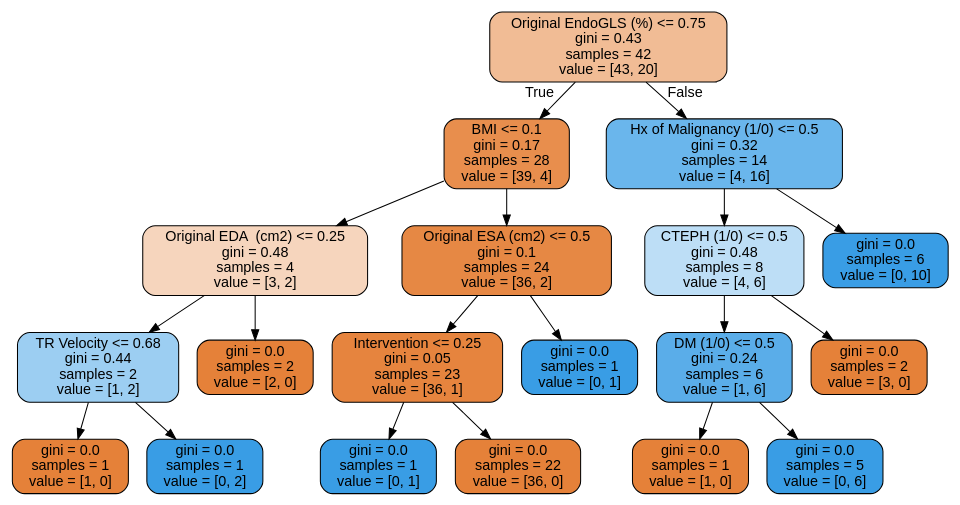
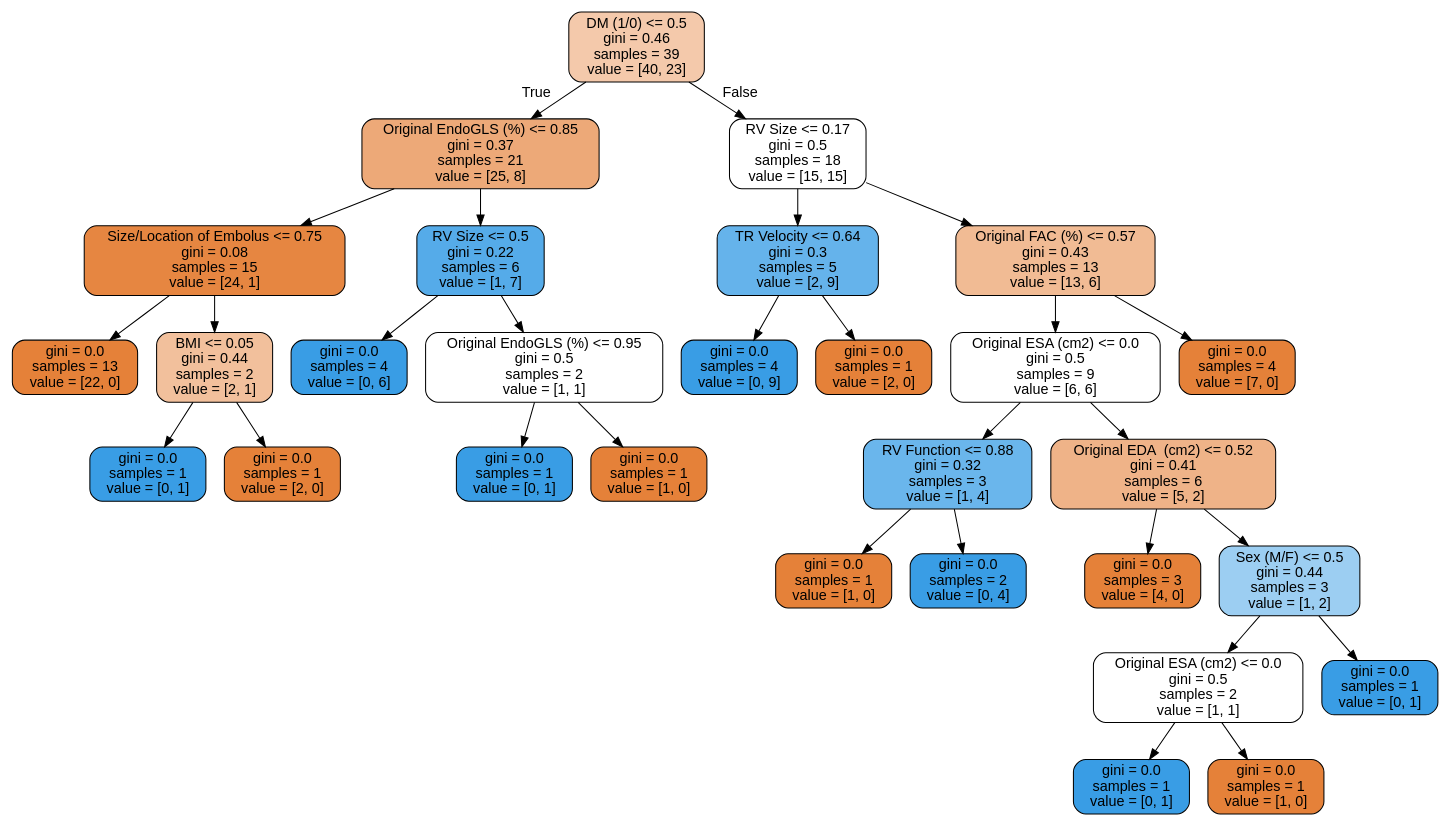
Before and after one commit to nitro41992/strain-analysis-pe-immortality: the diagram in tree.dot, drawn with Graphviz. The commit also changed 3 other files, not shown here.

```diff
--- a/tree.dot
+++ b/tree.dot
@@ -1,41 +1,61 @@
 digraph Tree {
 node [shape=box, style="filled, rounded", color="black", fontname=helvetica] ;
 edge [fontname=helvetica] ;
-0 [label="Original EndoGLS (%) <= 0.75\ngini = 0.43\nsamples = 42\nvalue = [43, 20]", fillcolor="#f1bc95"] ;
-1 [label="BMI <= 0.1\ngini = 0.17\nsamples = 28\nvalue = [39, 4]", fillcolor="#e88e4d"] ;
+0 [label="DM (1/0) <= 0.5\ngini = 0.46\nsamples = 39\nvalue = [40, 23]", fillcolor="#f4c9ab"] ;
+1 [label="Original EndoGLS (%) <= 0.85\ngini = 0.37\nsamples = 21\nvalue = [25, 8]", fillcolor="#eda978"] ;
 0 -> 1 [labeldistance=2.5, labelangle=45, headlabel="True"] ;
-2 [label="Original EDA  (cm2) <= 0.25\ngini = 0.48\nsamples = 4\nvalue = [3, 2]", fillcolor="#f6d5bd"] ;
+2 [label="Size/Location of Embolus <= 0.75\ngini = 0.08\nsamples = 15\nvalue = [24, 1]", fillcolor="#e68641"] ;
 1 -> 2 ;
-3 [label="TR Velocity <= 0.68\ngini = 0.44\nsamples = 2\nvalue = [1, 2]", fillcolor="#9ccef2"] ;
+3 [label="gini = 0.0\nsamples = 13\nvalue = [22, 0]", fillcolor="#e58139"] ;
 2 -> 3 ;
-4 [label="gini = 0.0\nsamples = 1\nvalue = [1, 0]", fillcolor="#e58139"] ;
-3 -> 4 ;
-5 [label="gini = 0.0\nsamples = 1\nvalue = [0, 2]", fillcolor="#399de5"] ;
-3 -> 5 ;
-6 [label="gini = 0.0\nsamples = 2\nvalue = [2, 0]", fillcolor="#e58139"] ;
-2 -> 6 ;
-7 [label="Original ESA (cm2) <= 0.5\ngini = 0.1\nsamples = 24\nvalue = [36, 2]", fillcolor="#e68844"] ;
+4 [label="BMI <= 0.05\ngini = 0.44\nsamples = 2\nvalue = [2, 1]", fillcolor="#f2c09c"] ;
+2 -> 4 ;
+5 [label="gini = 0.0\nsamples = 1\nvalue = [0, 1]", fillcolor="#399de5"] ;
+4 -> 5 ;
+6 [label="gini = 0.0\nsamples = 1\nvalue = [2, 0]", fillcolor="#e58139"] ;
+4 -> 6 ;
+7 [label="RV Size <= 0.5\ngini = 0.22\nsamples = 6\nvalue = [1, 7]", fillcolor="#55abe9"] ;
 1 -> 7 ;
-8 [label="Intervention <= 0.25\ngini = 0.05\nsamples = 23\nvalue = [36, 1]", fillcolor="#e6843e"] ;
+8 [label="gini = 0.0\nsamples = 4\nvalue = [0, 6]", fillcolor="#399de5"] ;
 7 -> 8 ;
-9 [label="gini = 0.0\nsamples = 1\nvalue = [0, 1]", fillcolor="#399de5"] ;
-8 -> 9 ;
-10 [label="gini = 0.0\nsamples = 22\nvalue = [36, 0]", fillcolor="#e58139"] ;
-8 -> 10 ;
-11 [label="gini = 0.0\nsamples = 1\nvalue = [0, 1]", fillcolor="#399de5"] ;
-7 -> 11 ;
-12 [label="Hx of Malignancy (1/0) <= 0.5\ngini = 0.32\nsamples = 14\nvalue = [4, 16]", fillcolor="#6ab6ec"] ;
+9 [label="Original EndoGLS (%) <= 0.95\ngini = 0.5\nsamples = 2\nvalue = [1, 1]", fillcolor="#ffffff"] ;
+7 -> 9 ;
+10 [label="gini = 0.0\nsamples = 1\nvalue = [0, 1]", fillcolor="#399de5"] ;
+9 -> 10 ;
+11 [label="gini = 0.0\nsamples = 1\nvalue = [1, 0]", fillcolor="#e58139"] ;
+9 -> 11 ;
+12 [label="RV Size <= 0.17\ngini = 0.5\nsamples = 18\nvalue = [15, 15]", fillcolor="#ffffff"] ;
 0 -> 12 [labeldistance=2.5, labelangle=-45, headlabel="False"] ;
-13 [label="CTEPH (1/0) <= 0.5\ngini = 0.48\nsamples = 8\nvalue = [4, 6]", fillcolor="#bddef6"] ;
+13 [label="TR Velocity <= 0.64\ngini = 0.3\nsamples = 5\nvalue = [2, 9]", fillcolor="#65b3eb"] ;
 12 -> 13 ;
-14 [label="DM (1/0) <= 0.5\ngini = 0.24\nsamples = 6\nvalue = [1, 6]", fillcolor="#5aade9"] ;
+14 [label="gini = 0.0\nsamples = 4\nvalue = [0, 9]", fillcolor="#399de5"] ;
 13 -> 14 ;
-15 [label="gini = 0.0\nsamples = 1\nvalue = [1, 0]", fillcolor="#e58139"] ;
-14 -> 15 ;
-16 [label="gini = 0.0\nsamples = 5\nvalue = [0, 6]", fillcolor="#399de5"] ;
-14 -> 16 ;
-17 [label="gini = 0.0\nsamples = 2\nvalue = [3, 0]", fillcolor="#e58139"] ;
-13 -> 17 ;
-18 [label="gini = 0.0\nsamples = 6\nvalue = [0, 10]", fillcolor="#399de5"] ;
-12 -> 18 ;
+15 [label="gini = 0.0\nsamples = 1\nvalue = [2, 0]", fillcolor="#e58139"] ;
+13 -> 15 ;
+16 [label="Original FAC (%) <= 0.57\ngini = 0.43\nsamples = 13\nvalue = [13, 6]", fillcolor="#f1bb94"] ;
+12 -> 16 ;
+17 [label="Original ESA (cm2) <= 0.0\ngini = 0.5\nsamples = 9\nvalue = [6, 6]", fillcolor="#ffffff"] ;
+16 -> 17 ;
+18 [label="RV Function <= 0.88\ngini = 0.32\nsamples = 3\nvalue = [1, 4]", fillcolor="#6ab6ec"] ;
+17 -> 18 ;
+19 [label="gini = 0.0\nsamples = 1\nvalue = [1, 0]", fillcolor="#e58139"] ;
+18 -> 19 ;
+20 [label="gini = 0.0\nsamples = 2\nvalue = [0, 4]", fillcolor="#399de5"] ;
+18 -> 20 ;
+21 [label="Original EDA  (cm2) <= 0.52\ngini = 0.41\nsamples = 6\nvalue = [5, 2]", fillcolor="#efb388"] ;
+17 -> 21 ;
+22 [label="gini = 0.0\nsamples = 3\nvalue = [4, 0]", fillcolor="#e58139"] ;
+21 -> 22 ;
+23 [label="Sex (M/F) <= 0.5\ngini = 0.44\nsamples = 3\nvalue = [1, 2]", fillcolor="#9ccef2"] ;
+21 -> 23 ;
+24 [label="Original ESA (cm2) <= 0.0\ngini = 0.5\nsamples = 2\nvalue = [1, 1]", fillcolor="#ffffff"] ;
+23 -> 24 ;
+25 [label="gini = 0.0\nsamples = 1\nvalue = [0, 1]", fillcolor="#399de5"] ;
+24 -> 25 ;
+26 [label="gini = 0.0\nsamples = 1\nvalue = [1, 0]", fillcolor="#e58139"] ;
+24 -> 26 ;
+27 [label="gini = 0.0\nsamples = 1\nvalue = [0, 1]", fillcolor="#399de5"] ;
+23 -> 27 ;
+28 [label="gini = 0.0\nsamples = 4\nvalue = [7, 0]", fillcolor="#e58139"] ;
+16 -> 28 ;
 }
```
